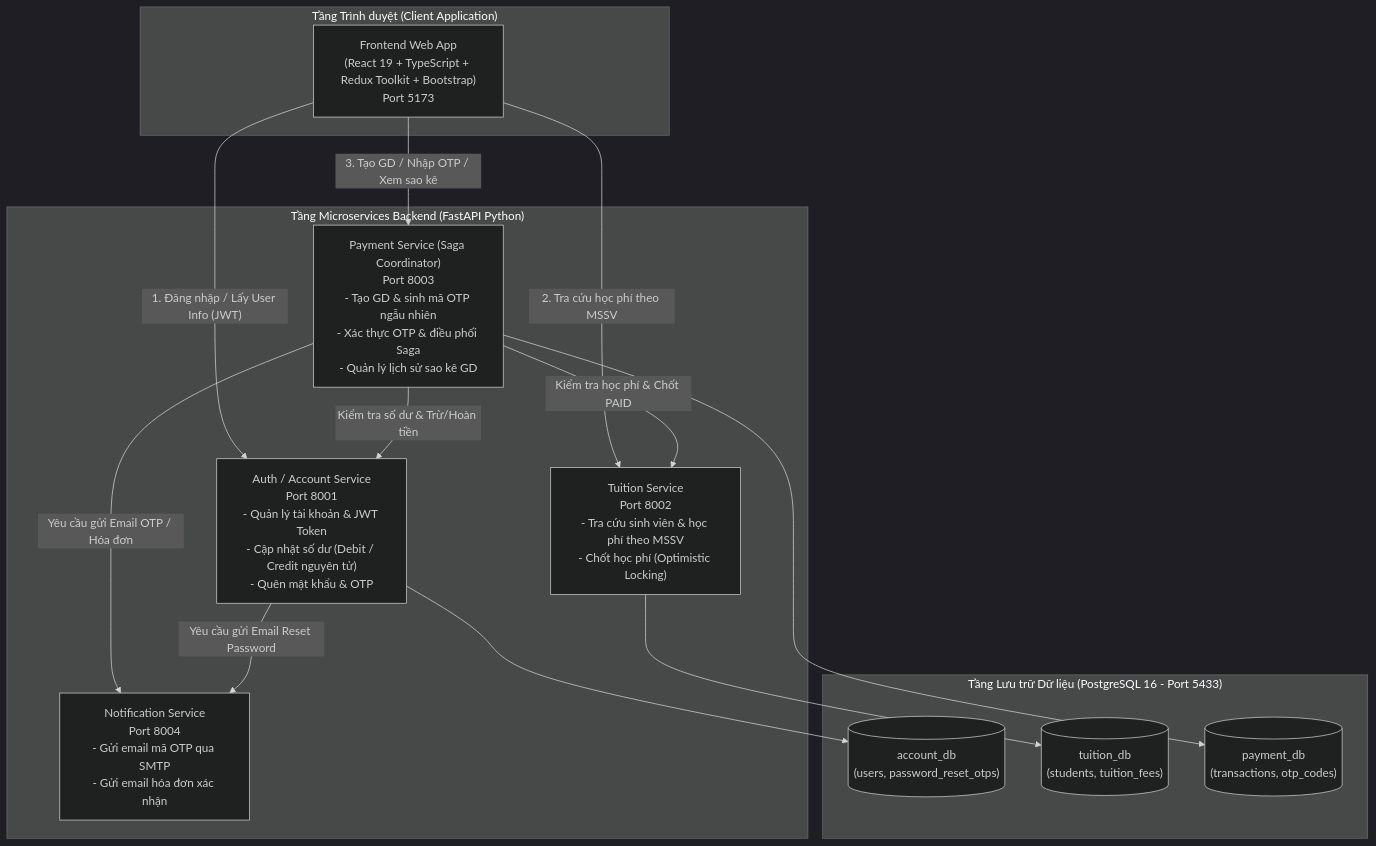
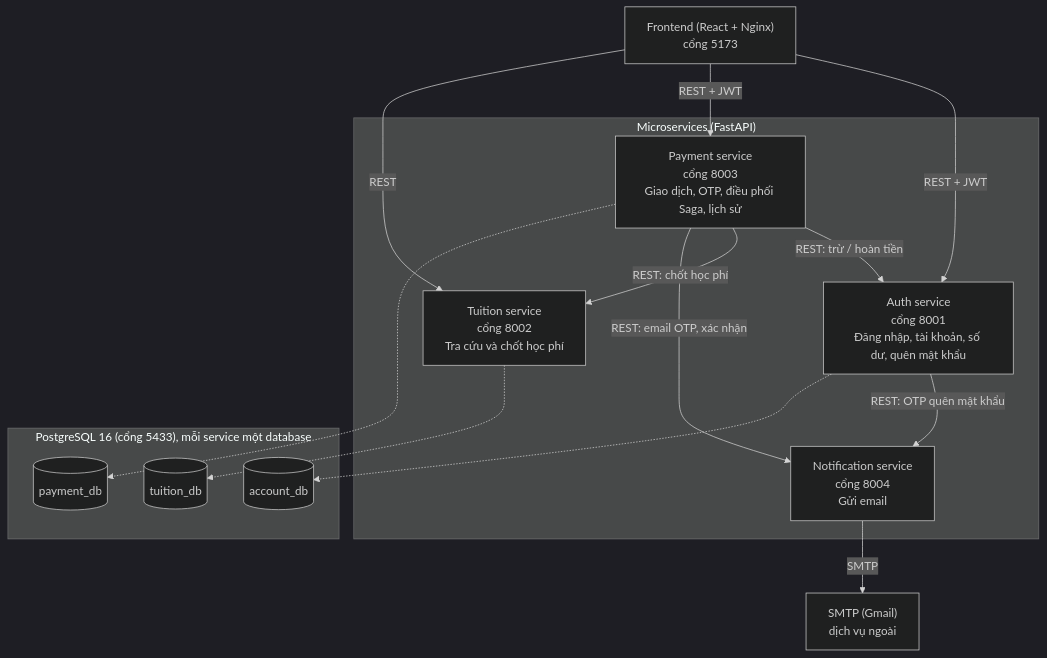
Before and after one commit to HuuTan12/Midterm_SOA_ITBanking: the third of 4 diagrams in docs/diagrams.md, drawn with Mermaid (dark theme). The commit also changed other lines of this file and 5 other files, not shown here.

````diff
--- a/docs/diagrams.md
+++ b/docs/diagrams.md
@@ -124,35 +147,31 @@
 ```mermaid
 flowchart TB
-    subgraph Client ["Tầng Trình duyệt (Client Application)"]
-        Web["Frontend Web App\n(React 19 + TypeScript + Redux Toolkit + Bootstrap)\nPort 5173"]
+    Web["Frontend (React + Nginx)<br/>cổng 5173"]
+
+    subgraph Services ["Microservices (FastAPI)"]
+        Auth["Auth service<br/>cổng 8001<br/>Đăng nhập, tài khoản, số dư, quên mật khẩu"]
+        Pay["Payment service<br/>cổng 8003<br/>Giao dịch, OTP, điều phối Saga, lịch sử"]
+        Tui["Tuition service<br/>cổng 8002<br/>Tra cứu và chốt học phí"]
+        Noti["Notification service<br/>cổng 8004<br/>Gửi email"]
     end
 
-    subgraph Services ["Tầng Microservices Backend (FastAPI Python)"]
-        AuthSvc["Auth / Account Service\nPort 8001\n- Quản lý tài khoản & JWT Token\n- Cập nhật số dư (Debit / Credit nguyên tử)\n- Quên mật khẩu & OTP"]
-        TuitionSvc["Tuition Service\nPort 8002\n- Tra cứu sinh viên & học phí theo MSSV\n- Chốt học phí (Optimistic Locking)"]
-        PaymentSvc["Payment Service (Saga Coordinator)\nPort 8003\n- Tạo GD & sinh mã OTP ngẫu nhiên\n- Xác thực OTP & điều phối Saga\n- Quản lý lịch sử sao kê GD"]
-        NotifySvc["Notification Service\nPort 8004\n- Gửi email mã OTP qua SMTP\n- Gửi email hóa đơn xác nhận"]
+    SMTP["SMTP (Gmail)<br/>dịch vụ ngoài"]
+
+    subgraph DB ["PostgreSQL 16 (cổng 5433), mỗi service một database"]
+        DBA[("account_db")]
+        DBP[("payment_db")]
+        DBT[("tuition_db")]
     end
 
-    subgraph Database ["Tầng Lưu trữ Dữ liệu (PostgreSQL 16 - Port 5433)"]
-        DB_Account[("account_db\n(users, password_reset_otps)")]
-        DB_Tuition[("tuition_db\n(students, tuition_fees)")]
-        DB_Payment[("payment_db\n(transactions, otp_codes)")]
-    end
-
-    %% Client Communication
-    Web -->|"1. Đăng nhập / Lấy User Info (JWT)"| AuthSvc
-    Web -->|"2. Tra cứu học phí theo MSSV"| TuitionSvc
-    Web -->|"3. Tạo GD / Nhập OTP / Xem sao kê"| PaymentSvc
-
-    %% Inter-service Communication (Bảo mật bằng X-Internal-Key)
-    PaymentSvc -->|"Kiểm tra số dư & Trừ/Hoàn tiền"| AuthSvc
-    PaymentSvc -->|"Kiểm tra học phí & Chốt PAID"| TuitionSvc
-    PaymentSvc -->|"Yêu cầu gửi Email OTP / Hóa đơn"| NotifySvc
-    AuthSvc -->|"Yêu cầu gửi Email Reset Password"| NotifySvc
-
-    %% Database Connections
-    AuthSvc --> DB_Account
-    TuitionSvc --> DB_Tuition
-    PaymentSvc --> DB_Payment
+    Web -->|"REST + JWT"| Auth
+    Web -->|"REST + JWT"| Pay
+    Web -->|"REST"| Tui
+    Pay -->|"REST: trừ / hoàn tiền"| Auth
+    Pay -->|"REST: chốt học phí"| Tui
+    Pay -->|"REST: email OTP, xác nhận"| Noti
+    Auth -->|"REST: OTP quên mật khẩu"| Noti
+    Noti -->|"SMTP"| SMTP
+    Auth -.-> DBA
+    Pay -.-> DBP
+    Tui -.-> DBT
 ```
````
